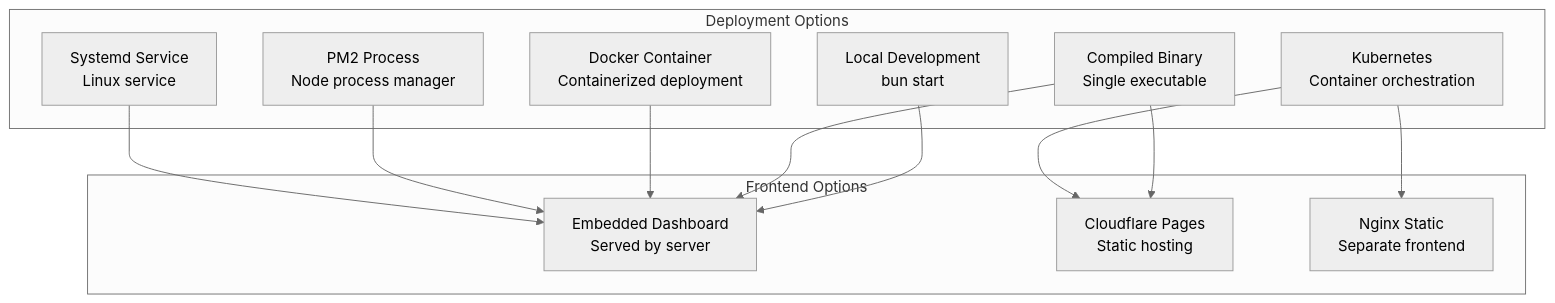
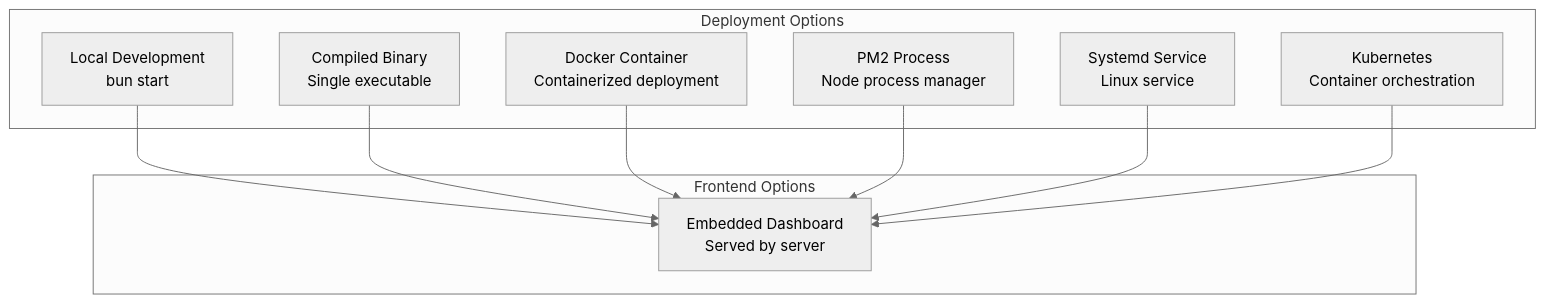
One commit to StartupBros/hov-router changed the first of 3 diagrams in docs/deployment.md. Above: the diagram before and after it, drawn with Mermaid (neutral theme). The commit also changed other lines of this file and 41 other files, not shown here.

````diff
--- a/docs/deployment.md
+++ b/docs/deployment.md
@@ -27,26 +26,22 @@
 ```mermaid
 graph TB
     subgraph "Deployment Options"
         DEV[Local Development<br/>bun start]
         BINARY[Compiled Binary<br/>Single executable]
         DOCKER[Docker Container<br/>Containerized deployment]
         PM2[PM2 Process<br/>Node process manager]
         SYSTEMD[Systemd Service<br/>Linux service]
         K8S[Kubernetes<br/>Container orchestration]
     end
     
     subgraph "Frontend Options"
         EMBEDDED[Embedded Dashboard<br/>Served by server]
-        CF_PAGES[Cloudflare Pages<br/>Static hosting]
-        NGINX_STATIC[Nginx Static<br/>Separate frontend]
     end
     
     DEV --> EMBEDDED
     BINARY --> EMBEDDED
-    BINARY --> CF_PAGES
     DOCKER --> EMBEDDED
     PM2 --> EMBEDDED
     SYSTEMD --> EMBEDDED
-    K8S --> CF_PAGES
-    K8S --> NGINX_STATIC
+    K8S --> EMBEDDED
 ```
````
